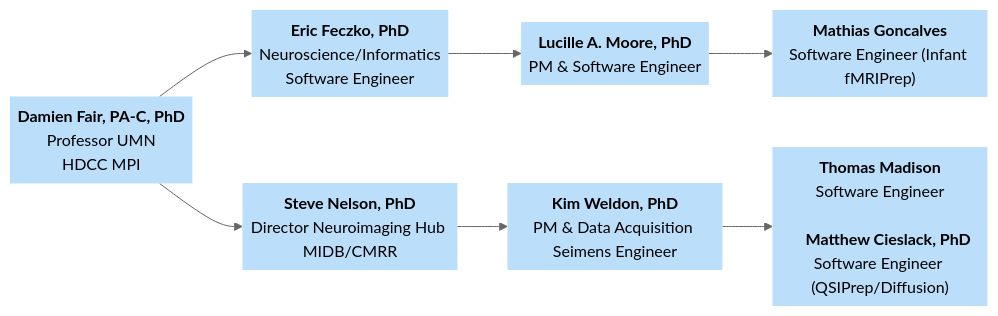
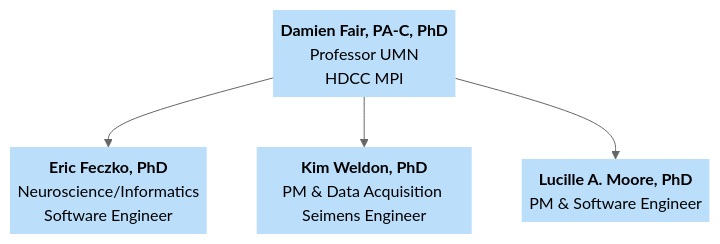
The seventh of 10 diagrams in docs/orgcharts.md (DCAN-Labs/hbcd-docs-internal), drawn with Mermaid (neutral theme) before and after one commit. The commit also changed other lines of this file, not shown here.

Commit message:
update DCAN org chart to remove folks not actually part of HDCC

````diff
--- a/docs/orgcharts.md
+++ b/docs/orgcharts.md
@@ -469,27 +467,16 @@
 ```mermaid
 ---
 config:
   layout: dagre
 ---
-flowchart LR
-    D["<b>Damien Fair, PA-C, PhD</b><br>Professor UMN<br>HDCC MPI"] --> S["<b>Eric Feczko, PhD</b><br>Neuroscience/Informatics<br>Software Engineer"] & T["<b>Steve Nelson, PhD</b><br>Director Neuroimaging Hub MIDB/CMRR"]
-    T --> t1["<b>Kim Weldon, PhD</b><br>PM & Data Acquisition Seimens Engineer"]
-    t1 --> t2["<b>Thomas Madison</b><br>Software Engineer<br>
-    <b>Matthew Cieslack, PhD</b><br>Software Engineer (QSIPrep/Diffusion)"]
-    S --> n1["<b>Lucille A. Moore, PhD</b><br>PM &amp; Software Engineer"]
-    n1 --> n2["<b>Mathias Goncalves</b><br>Software Engineer (Infant fMRIPrep)"]
+flowchart TB
+    D["<b>Damien Fair, PA-C, PhD</b><br>Professor UMN<br>HDCC MPI"] --> S["<b>Eric Feczko, PhD</b><br>Neuroscience/Informatics<br>Software Engineer"] & t1["<b>Kim Weldon, PhD</b><br>PM &amp; Data Acquisition Seimens Engineer"] & n1["<b>Lucille A. Moore, PhD</b><br>PM &amp; Software Engineer"]
     D@{ shape: text}
     S@{ shape: text}
-    T@{ shape: text}
     t1@{ shape: text}
-    t2@{ shape: text}
     n1@{ shape: text}
-    n2@{ shape: text}
     style D stroke:#000000,fill:#BBDEFB
     style S stroke:#000000,fill:#BBDEFB
-    style T stroke:#000000,fill:#BBDEFB
     style t1 fill:#BBDEFB
-    style t2 fill:#BBDEFB
     style n1 fill:#BBDEFB
-    style n2 fill:#BBDEFB
 ```
````
